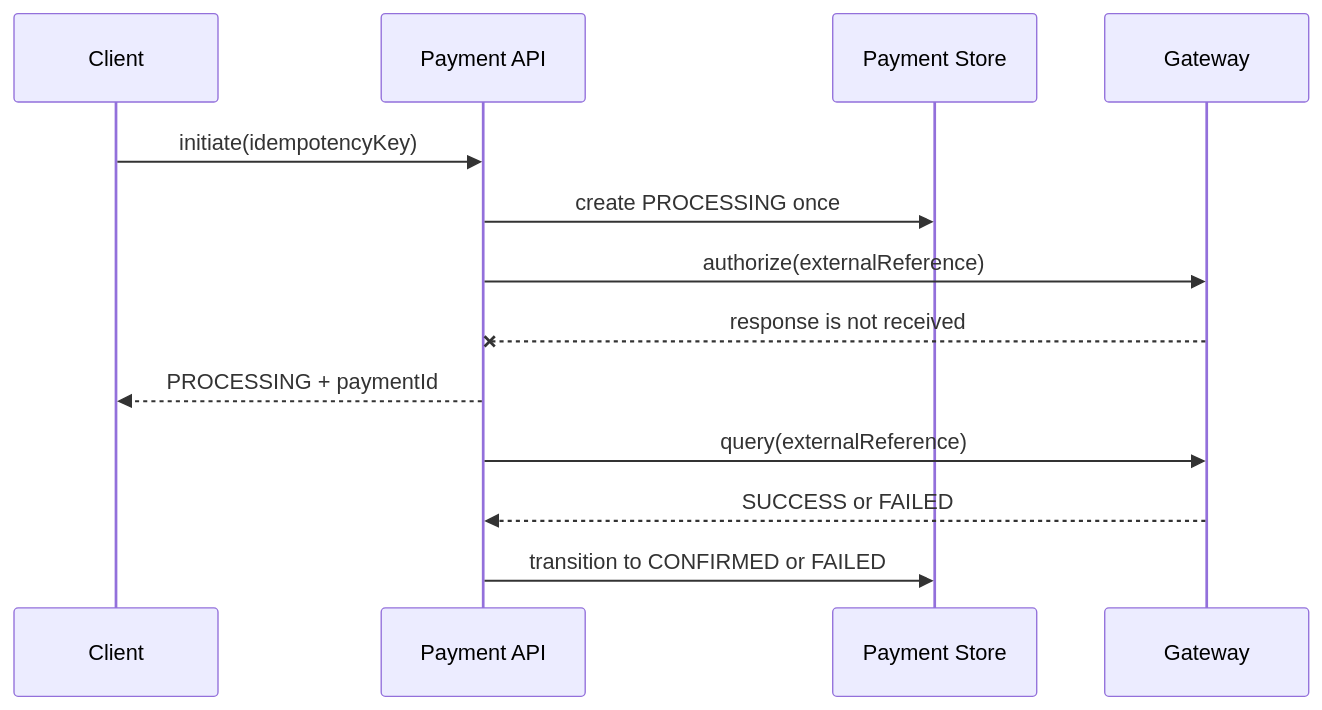
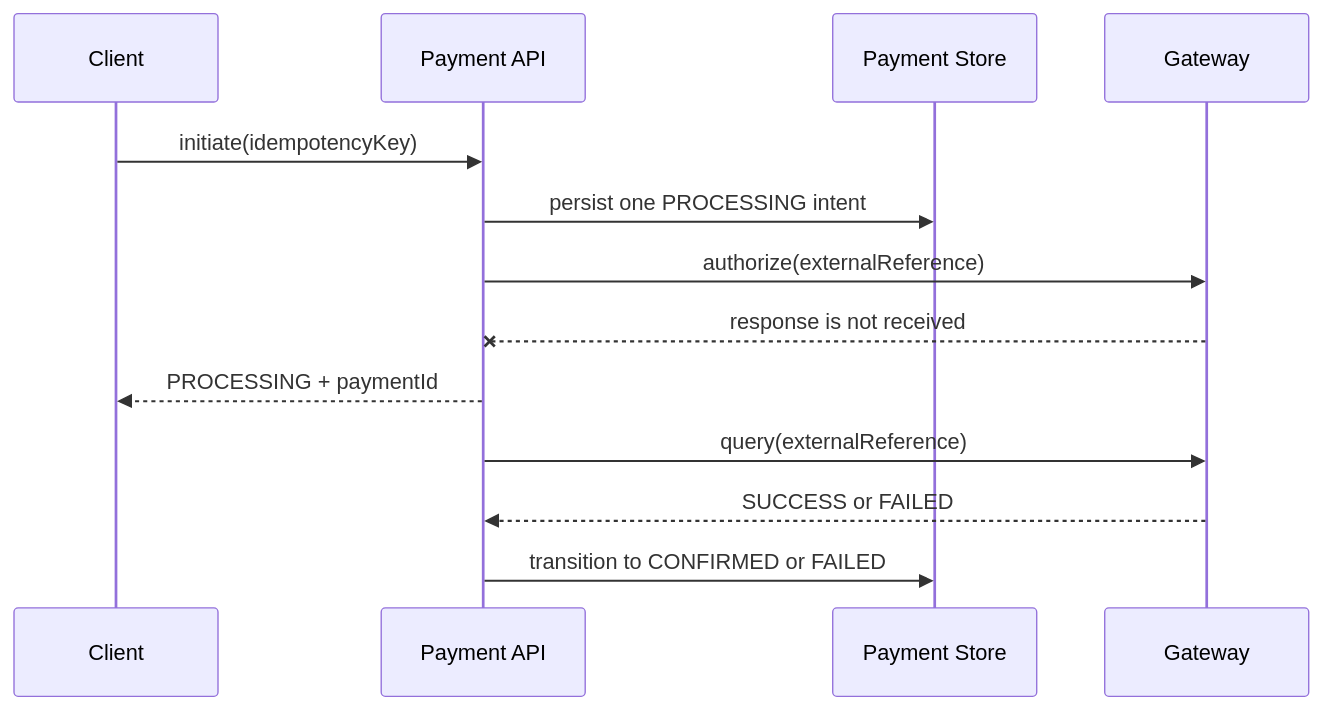
One commit to LudyPark/payment-reconciliation-lab changed the diagram in README.md. Above: the diagram before and after it, drawn with Mermaid. The commit also changed other lines of this file, not shown here.

````diff
--- a/README.md
+++ b/README.md
@@ -17,17 +18,17 @@
 ```mermaid
 sequenceDiagram
     participant Client
     participant API as Payment API
     participant Store as Payment Store
     participant Gateway
 
     Client->>API: initiate(idempotencyKey)
-    API->>Store: create PROCESSING once
+    API->>Store: persist one PROCESSING intent
     API->>Gateway: authorize(externalReference)
     Gateway--xAPI: response is not received
     API-->>Client: PROCESSING + paymentId
 
     API->>Gateway: query(externalReference)
     Gateway-->>API: SUCCESS or FAILED
     API->>Store: transition to CONFIRMED or FAILED
 ```
````
